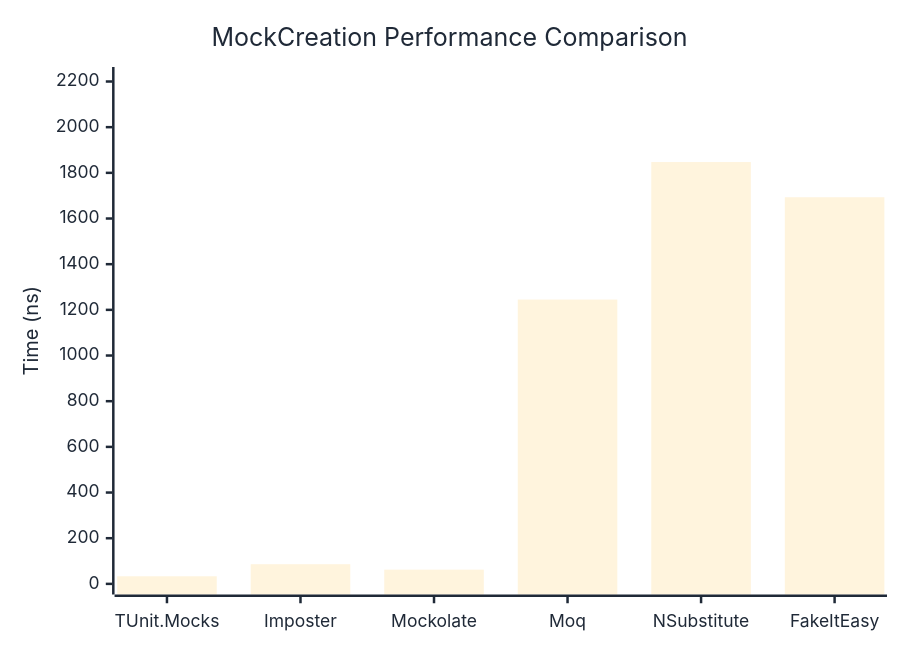
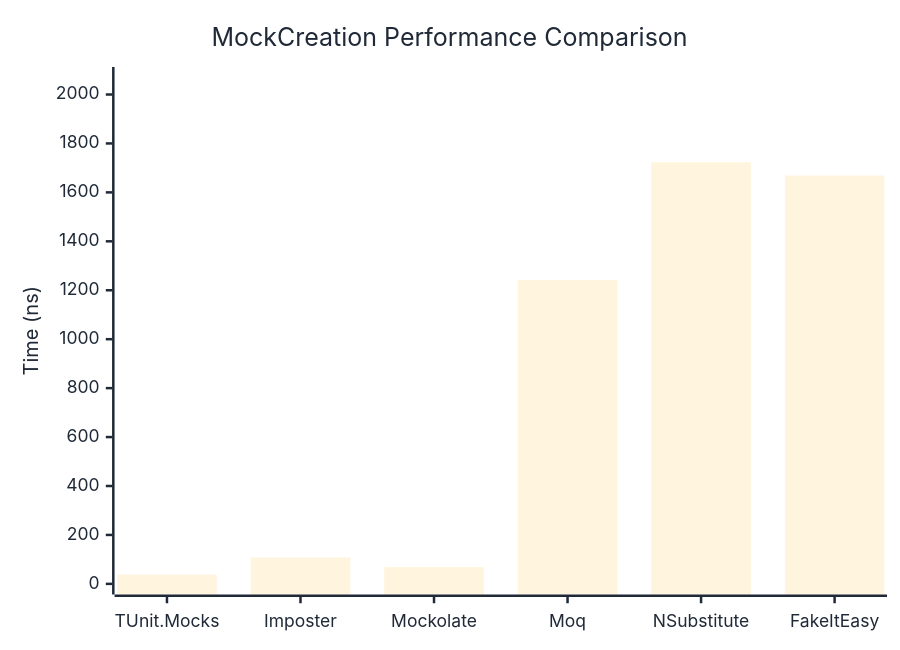
The first of 2 diagrams in docs/docs/benchmarks/mocks/MockCreation.md (thomhurst/TUnit), drawn with Mermaid before and after one commit. The commit also changed other lines of this file and 14 other files, not shown here.

````diff
--- a/docs/docs/benchmarks/mocks/MockCreation.md
+++ b/docs/docs/benchmarks/mocks/MockCreation.md
@@ -28,27 +28,27 @@
 ```mermaid
 %%{init: {
   'theme':'base',
   'themeVariables': {
     'primaryColor': '#2563eb',
     'primaryTextColor': '#1f2937',
     'primaryBorderColor': '#1e40af',
     'lineColor': '#6b7280',
     'secondaryColor': '#7c3aed',
     'tertiaryColor': '#dc2626',
     'background': '#ffffff',
     'pie1': '#2563eb',
     'pie2': '#7c3aed',
     'pie3': '#dc2626',
     'pie4': '#f59e0b',
     'pie5': '#10b981',
     'pie6': '#06b6d4',
     'pie7': '#ec4899',
     'pie8': '#6366f1'
   }
 }}%%
 xychart-beta
   title "MockCreation Performance Comparison"
   x-axis ["TUnit.Mocks", "Imposter", "Mockolate", "Moq", "NSubstitute", "FakeItEasy"]
-  y-axis "Time (ns)" 0 --> 2217
-  bar [33.3, 86.03, 62.3, 1245.13, 1847.32, 1693.15]
+  y-axis "Time (ns)" 0 --> 2069
+  bar [37.69, 107.7, 68.38, 1241.21, 1723.41, 1668.99]
 ```
````
